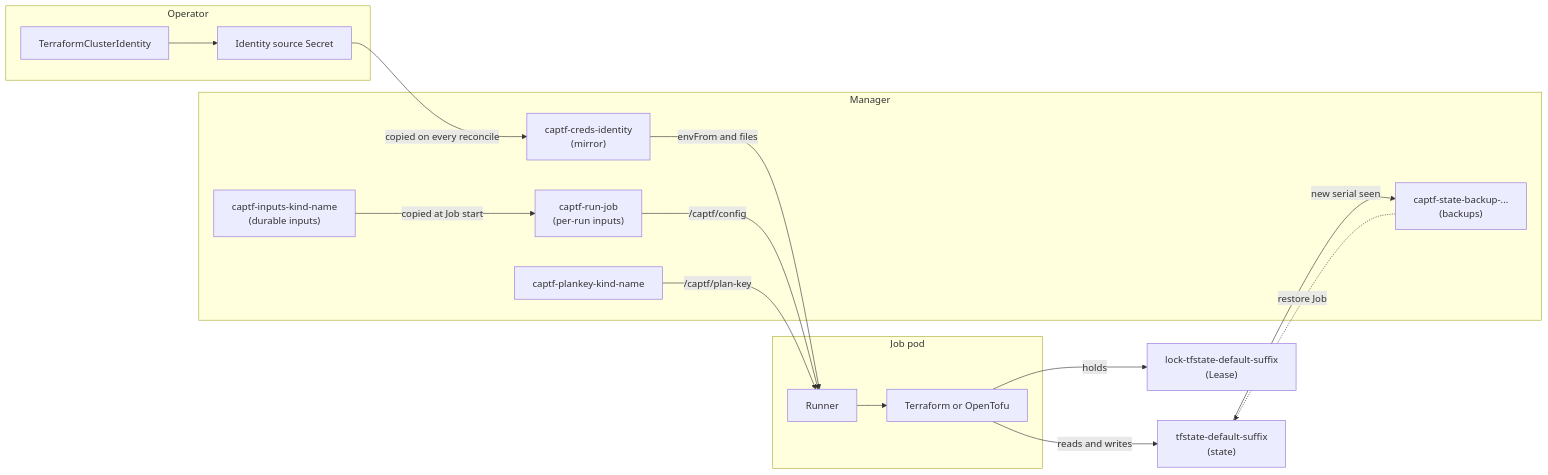
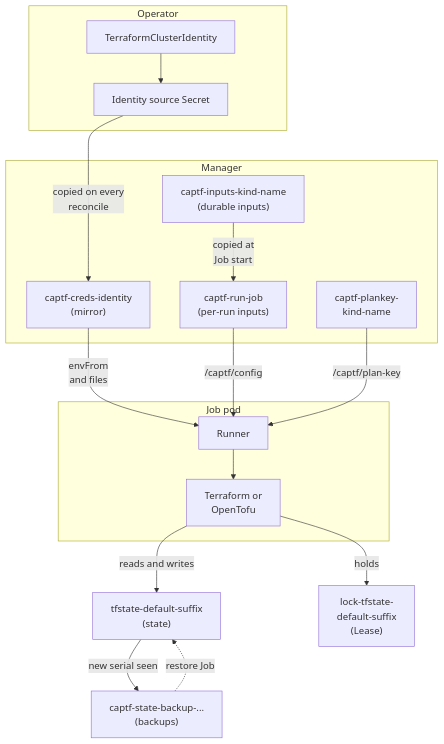
Before and after one commit to captf-io/captf-io.github.io: the diagram in docs/docs/concepts/secret-management/README.md, drawn with Mermaid. The commit also changed 8 other files, not shown here.

First line of the commit message:
docs: draw the flow diagrams top to bottom

````diff
--- a/docs/docs/concepts/secret-management/README.md
+++ b/docs/docs/concepts/secret-management/README.md
@@ -149,32 +149,29 @@
 ```mermaid
-flowchart LR
+flowchart TD
     subgraph ops[Operator]
-        SRC["Identity source Secret"]
-        ID["TerraformClusterIdentity"]
+        ID["TerraformClusterIdentity"] --> SRC["Identity source Secret"]
     end
     subgraph mgr[Manager]
         MIR["captf-creds-identity<br/>(mirror)"]
         DUR["captf-inputs-kind-name<br/>(durable inputs)"]
         RUN["captf-run-job<br/>(per-run inputs)"]
-        KEY["captf-plankey-kind-name"]
-        BAK["captf-state-backup-...<br/>(backups)"]
+        KEY["captf-plankey-<br/>kind-name"]
+        DUR -->|"copied at<br/>Job start"| RUN
     end
     subgraph job[Job pod]
-        R["Runner"]
-        TF["Terraform or OpenTofu"]
+        R["Runner"] --> TF["Terraform or<br/>OpenTofu"]
     end
     ST["tfstate-default-suffix<br/>(state)"]
-    LK["lock-tfstate-default-suffix<br/>(Lease)"]
+    LK["lock-tfstate-<br/>default-suffix<br/>(Lease)"]
+    BAK["captf-state-backup-...<br/>(backups)"]
 
-    ID --> SRC
-    SRC -->|"copied on every reconcile"| MIR
-    MIR -->|"envFrom and files"| R
-    DUR -->|"copied at Job start"| RUN
+    SRC -->|"copied on every<br/>reconcile"| MIR
+    SRC ~~~ DUR
+    MIR -->|"envFrom<br/>and files"| R
     RUN -->|"/captf/config"| R
     KEY -->|"/captf/plan-key"| R
-    R --> TF
     TF -->|"reads and writes"| ST
     TF -->|"holds"| LK
     ST -->|"new serial seen"| BAK
     BAK -.->|"restore Job"| ST
 ```
````
